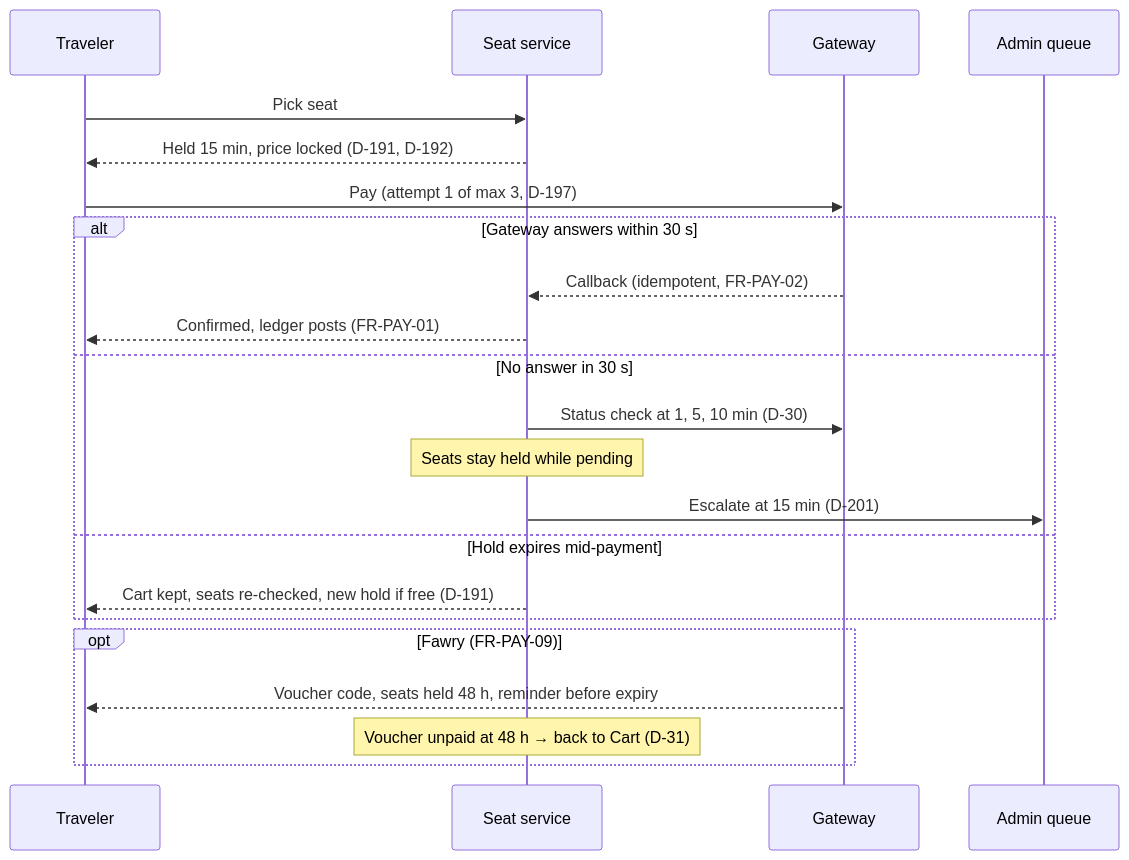
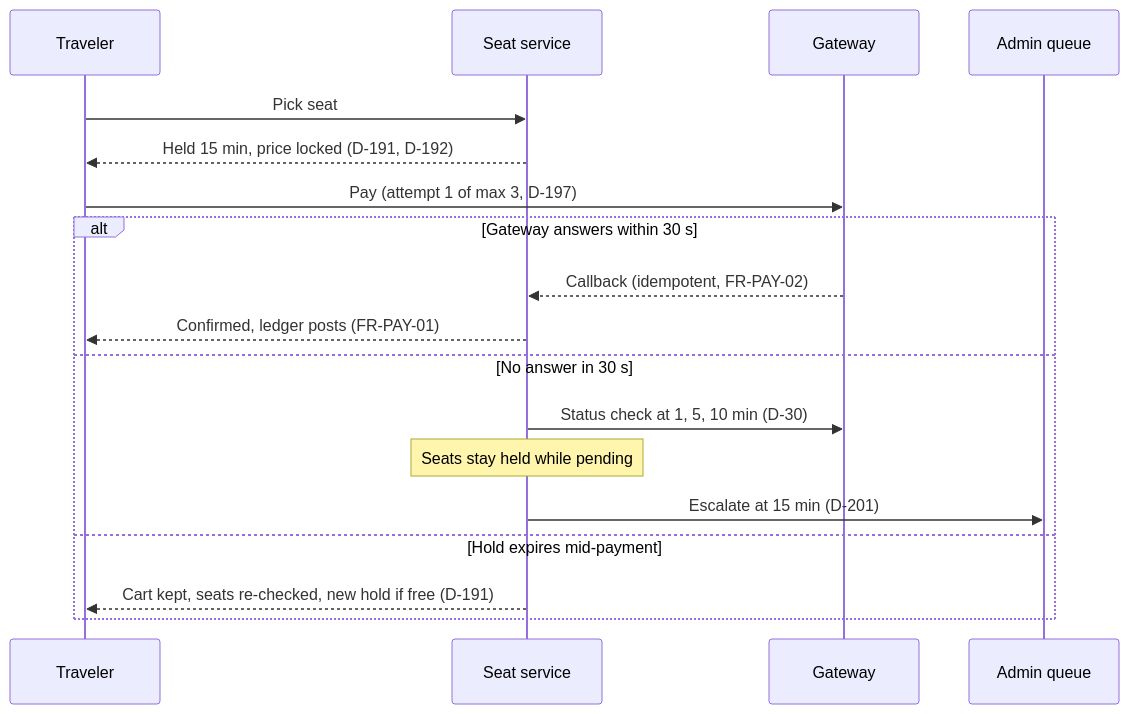
One commit to mohamedhabibwork/trips-enjoy-docs changed the diagram in content/docs/workflows/booking-payment.mdx. Above: the diagram before and after it, drawn with Mermaid. The commit also changed other lines of this file and 117 other files, not shown here.

````diff
--- a/content/docs/workflows/booking-payment.mdx
+++ b/content/docs/workflows/booking-payment.mdx
@@ -18,24 +18,20 @@
 ```mermaid
 sequenceDiagram
     participant T as Traveler
     participant S as Seat service
     participant G as Gateway
     participant A as Admin queue
     T->>S: Pick seat
     S-->>T: Held 15 min, price locked (D-191, D-192)
     T->>G: Pay (attempt 1 of max 3, D-197)
     alt Gateway answers within 30 s
         G-->>S: Callback (idempotent, FR-PAY-02)
         S-->>T: Confirmed, ledger posts (FR-PAY-01)
     else No answer in 30 s
         S->>G: Status check at 1, 5, 10 min (D-30)
         Note over S: Seats stay held while pending
         S->>A: Escalate at 15 min (D-201)
     else Hold expires mid-payment
         S-->>T: Cart kept, seats re-checked, new hold if free (D-191)
     end
-    opt Fawry (FR-PAY-09)
-        G-->>T: Voucher code, seats held 48 h, reminder before expiry
-        Note over S: Voucher unpaid at 48 h → back to Cart (D-31)
-    end
 ```
````
